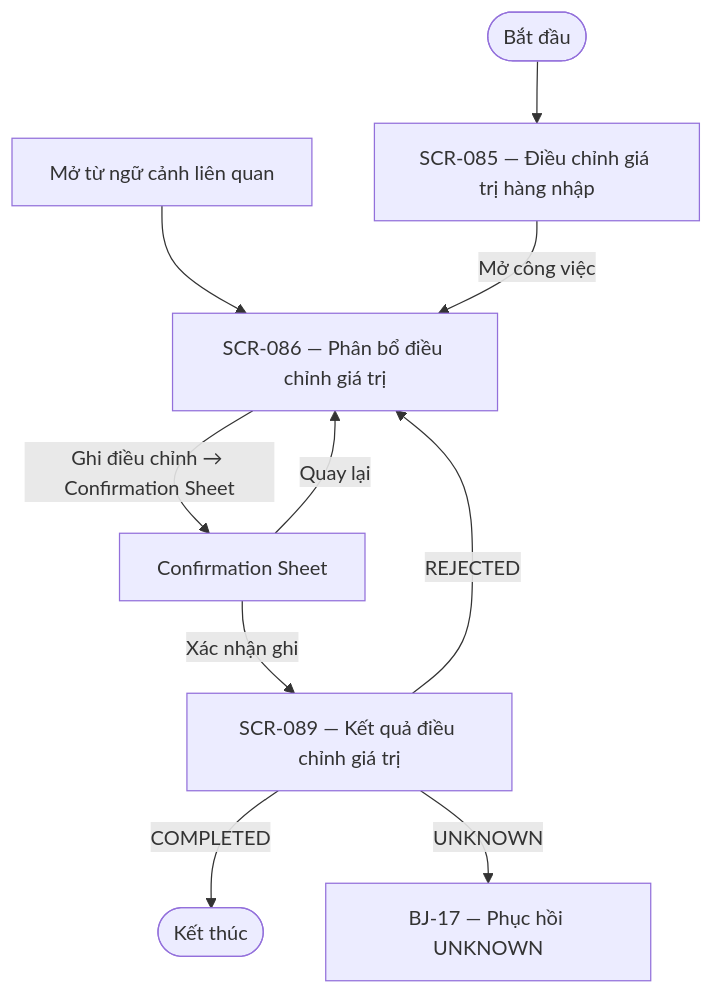
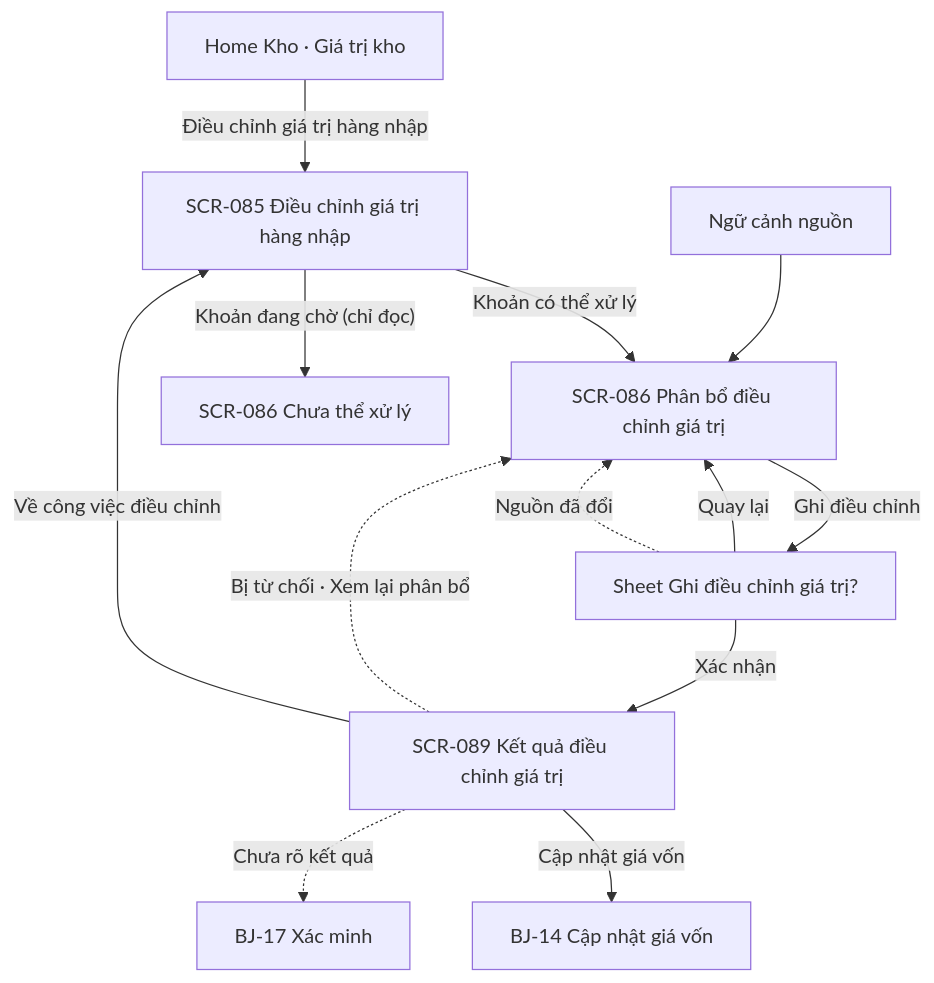
One commit to DsChien102/erp-sales-inventory changed the diagram in specs/themes/theme-07/03.design/flows/UIF-13-BJ-13.md. Above: the diagram before and after it, drawn with Mermaid. The commit also changed other lines of this file and 48 other files, not shown here.

````diff
--- a/specs/themes/theme-07/03.design/flows/UIF-13-BJ-13.md
+++ b/specs/themes/theme-07/03.design/flows/UIF-13-BJ-13.md
@@ -31,12 +39,15 @@
 ```mermaid
 flowchart TD
-    BEGIN([Bắt đầu]) --> SCR085[SCR-085 — Điều chỉnh giá trị hàng nhập]
-    CONTEXT[Mở từ ngữ cảnh liên quan] --> SCR086[SCR-086 — Phân bổ điều chỉnh giá trị]
-    SCR085 -->|Mở công việc| SCR086
-    SCR086 -->|Ghi điều chỉnh → Confirmation Sheet| CONFIRM[Confirmation Sheet]
-    CONFIRM -->|Quay lại| SCR086
-    CONFIRM -->|Xác nhận ghi| SCR089[SCR-089 — Kết quả điều chỉnh giá trị]
-    SCR089 -->|COMPLETED| END([Kết thúc])
-    SCR089 -->|REJECTED| SCR086
-    SCR089 -->|UNKNOWN| BJ17[BJ-17 — Phục hồi UNKNOWN]
+    HUB["Home Kho · Giá trị kho"] -->|"Điều chỉnh giá trị hàng nhập"| S085["SCR-085 Điều chỉnh giá trị hàng nhập"]
+    CTX["Ngữ cảnh nguồn"] --> S086
+    S085 -->|"Khoản có thể xử lý"| S086["SCR-086 Phân bổ điều chỉnh giá trị"]
+    S085 -->|"Khoản đang chờ (chỉ đọc)"| S086W["SCR-086 Chưa thể xử lý"]
+    S086 -->|"Ghi điều chỉnh"| CONFIRM["Sheet Ghi điều chỉnh giá trị?"]
+    CONFIRM -->|"Quay lại"| S086
+    CONFIRM -.->|"Nguồn đã đổi"| S086
+    CONFIRM -->|"Xác nhận"| S089["SCR-089 Kết quả điều chỉnh giá trị"]
+    S089 -->|"Về công việc điều chỉnh"| S085
+    S089 -->|"Cập nhật giá vốn"| BJ14["BJ-14 Cập nhật giá vốn"]
+    S089 -.->|"Bị từ chối · Xem lại phân bổ"| S086
+    S089 -.->|"Chưa rõ kết quả"| BJ17["BJ-17 Xác minh"]
 ```
````
